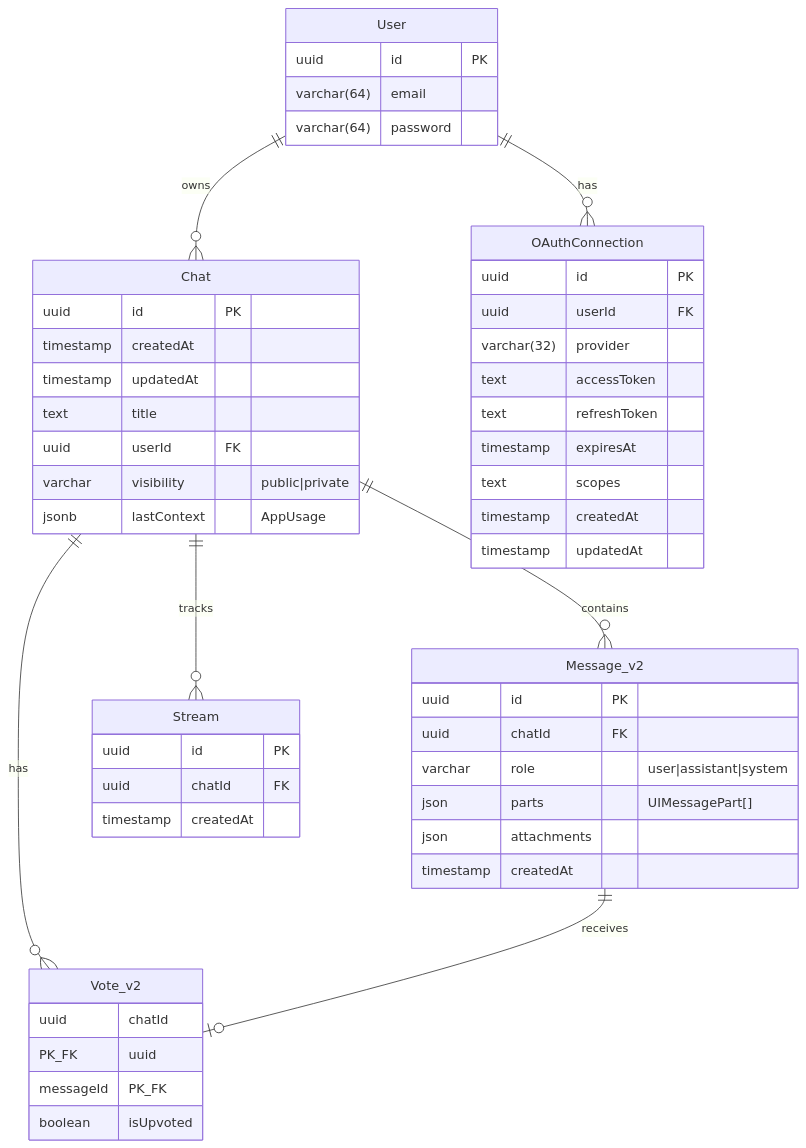
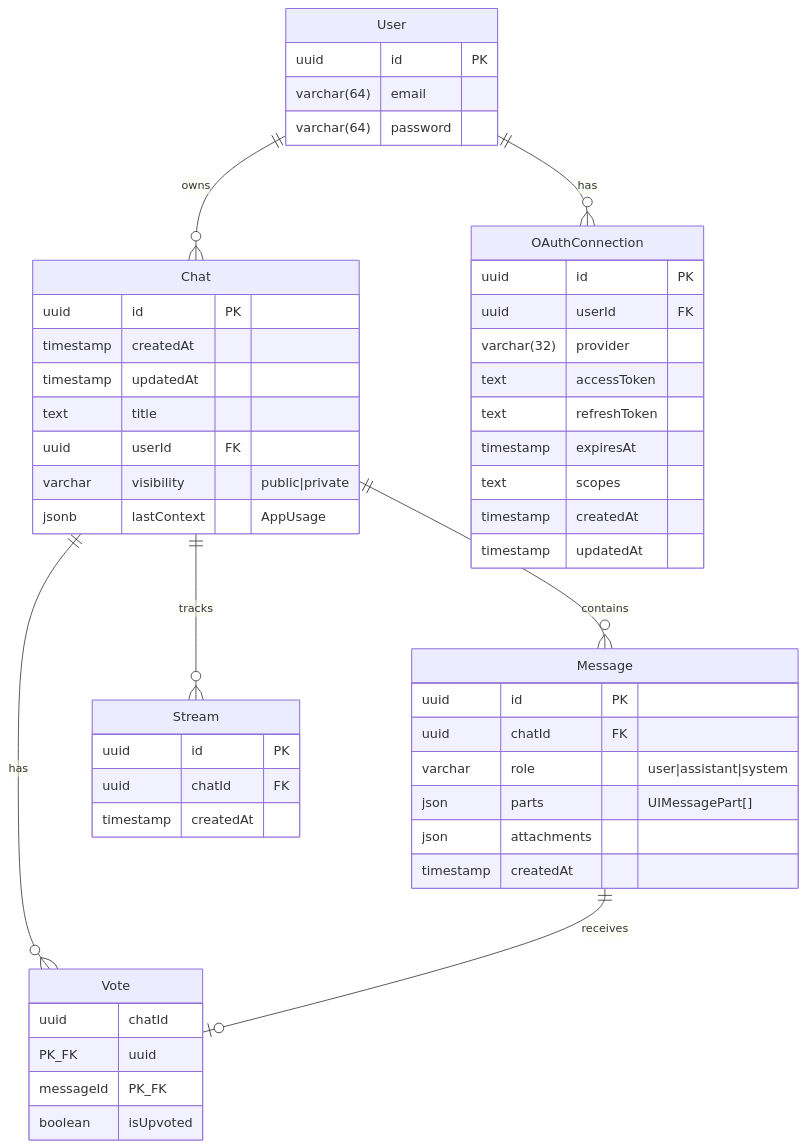
Before and after one commit to aikdeirel/daily-pulse-chatbot: the second of 3 diagrams in docs/architecture/chat-history-system.md, drawn with Mermaid. The commit also changed other lines of this file and 29 other files, not shown here.

First line of the commit message:
feat(db): consolidate database schema and migrations

````diff
--- a/docs/architecture/chat-history-system.md
+++ b/docs/architecture/chat-history-system.md
@@ -77,58 +77,58 @@
 ```mermaid
 erDiagram
     User ||--o{ Chat : "owns"
     User ||--o{ OAuthConnection : "has"
-    Chat ||--o{ Message_v2 : "contains"
-    Chat ||--o{ Vote_v2 : "has"
+    Chat ||--o{ Message : "contains"
+    Chat ||--o{ Vote : "has"
     Chat ||--o{ Stream : "tracks"
-    Message_v2 ||--o| Vote_v2 : "receives"
+    Message ||--o| Vote : "receives"
 
     User {
         uuid id PK
         varchar(64) email
         varchar(64) password
     }
 
     Chat {
         uuid id PK
         timestamp createdAt
         timestamp updatedAt
         text title
         uuid userId FK
         varchar visibility "public|private"
         jsonb lastContext "AppUsage"
     }
 
-    Message_v2 {
+    Message {
         uuid id PK
         uuid chatId FK
         varchar role "user|assistant|system"
         json parts "UIMessagePart[]"
         json attachments
         timestamp createdAt
     }
 
-    Vote_v2 {
+    Vote {
         uuid chatId PK_FK
         uuid messageId PK_FK
         boolean isUpvoted
     }
 
     Stream {
         uuid id PK
         uuid chatId FK
         timestamp createdAt
     }
 
     OAuthConnection {
         uuid id PK
         uuid userId FK
         varchar(32) provider
         text accessToken
         text refreshToken
         timestamp expiresAt
         text scopes
         timestamp createdAt
         timestamp updatedAt
     }
 ```
````
